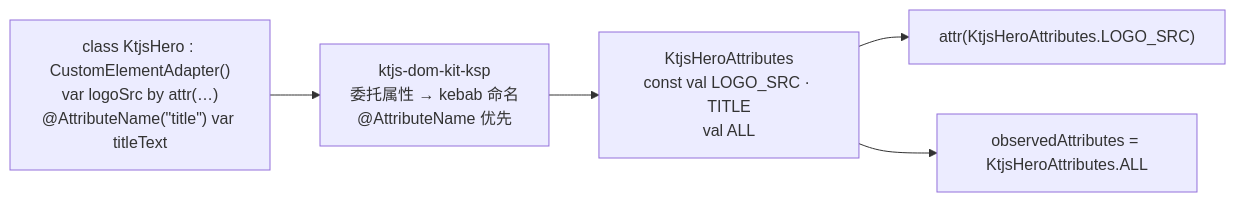
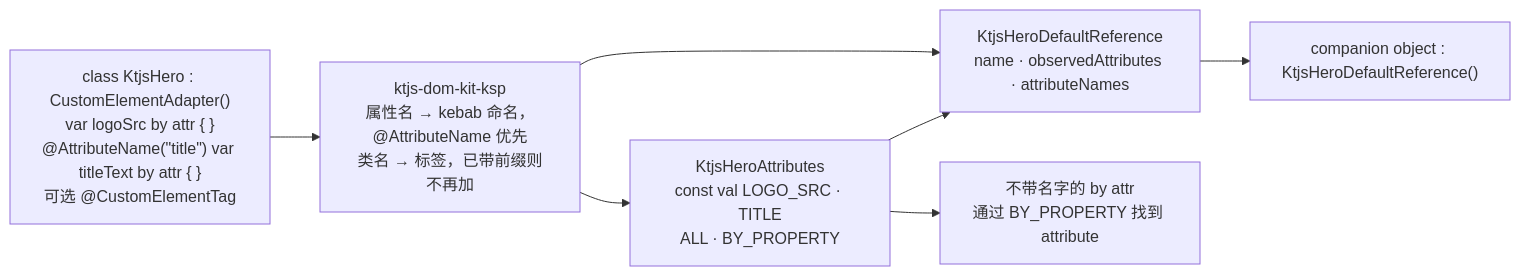
Before and after one commit to shijianjs/ktjs-dom-kit: the first of 2 diagrams in docs/src/jsMain/resources/i18n/zh-Hans/docusaurus-plugin-content-docs/current/dom-kit/custom-elements.md, drawn with Mermaid. The commit also changed other lines of this file and 26 other files, not shown here.

````diff
--- a/docs/src/jsMain/resources/i18n/zh-Hans/docusaurus-plugin-content-docs/current/dom-kit/custom-elements.md
+++ b/docs/src/jsMain/resources/i18n/zh-Hans/docusaurus-plugin-content-docs/current/dom-kit/custom-elements.md
@@ -79,8 +66,10 @@
 ```mermaid
 flowchart LR
-  SRC["class KtjsHero : CustomElementAdapter()<br/>var logoSrc by attr(…)<br/>@AttributeName(&quot;title&quot;) var titleText"]
-  SRC --> KSP["ktjs-dom-kit-ksp<br/>委托属性 → kebab 命名<br/>@AttributeName 优先"]
-  KSP --> GEN["KtjsHeroAttributes<br/>const val LOGO_SRC · TITLE<br/>val ALL"]
-  GEN --> ATTR["attr(KtjsHeroAttributes.LOGO_SRC)"]
-  GEN --> OBS["observedAttributes = KtjsHeroAttributes.ALL"]
+  SRC["class KtjsHero : CustomElementAdapter()<br/>var logoSrc by attr { }<br/>@AttributeName(&quot;title&quot;) var titleText by attr { }<br/>可选 @CustomElementTag"]
+  SRC --> KSP["ktjs-dom-kit-ksp<br/>属性名 → kebab 命名，@AttributeName 优先<br/>类名 → 标签，已带前缀则不再加"]
+  KSP --> ATTRS["KtjsHeroAttributes<br/>const val LOGO_SRC · TITLE<br/>ALL · BY_PROPERTY"]
+  KSP --> REF["KtjsHeroDefaultReference<br/>name · observedAttributes · attributeNames"]
+  ATTRS --> REF
+  REF --> COMP["companion object : KtjsHeroDefaultReference()"]
+  ATTRS --> LOOKUP["不带名字的 by attr<br/>通过 BY_PROPERTY 找到 attribute"]
 ```
````
